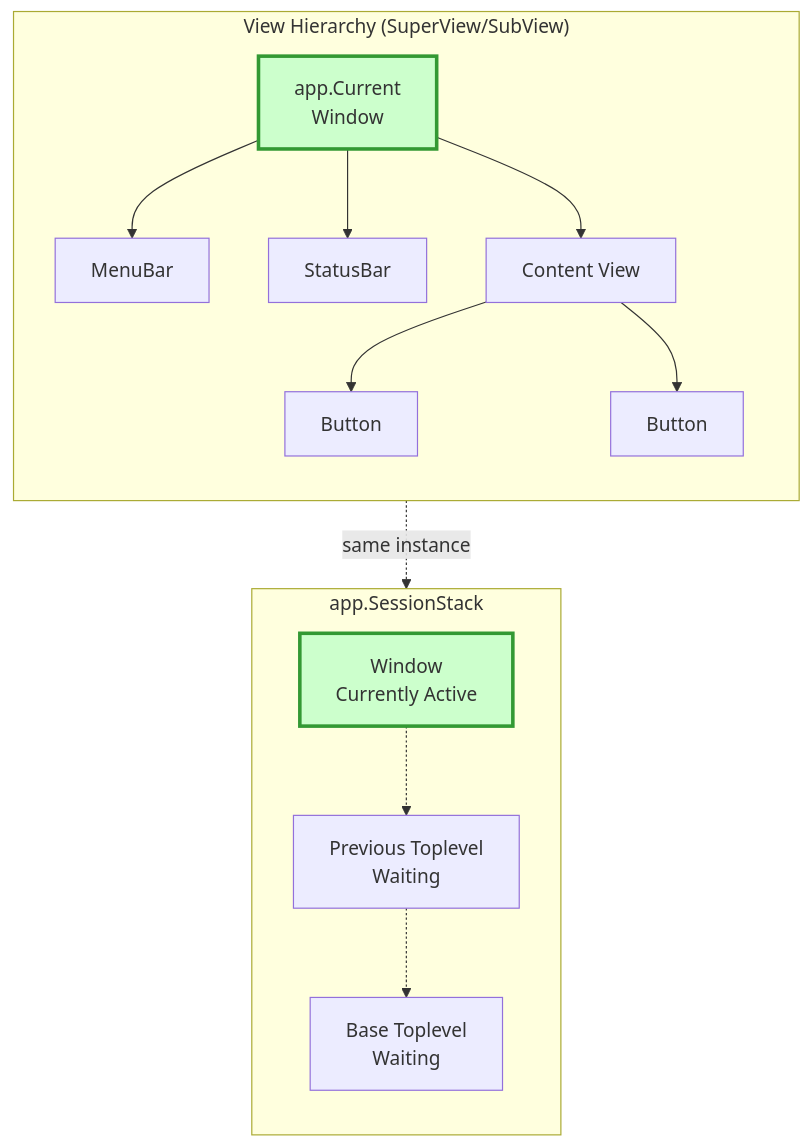
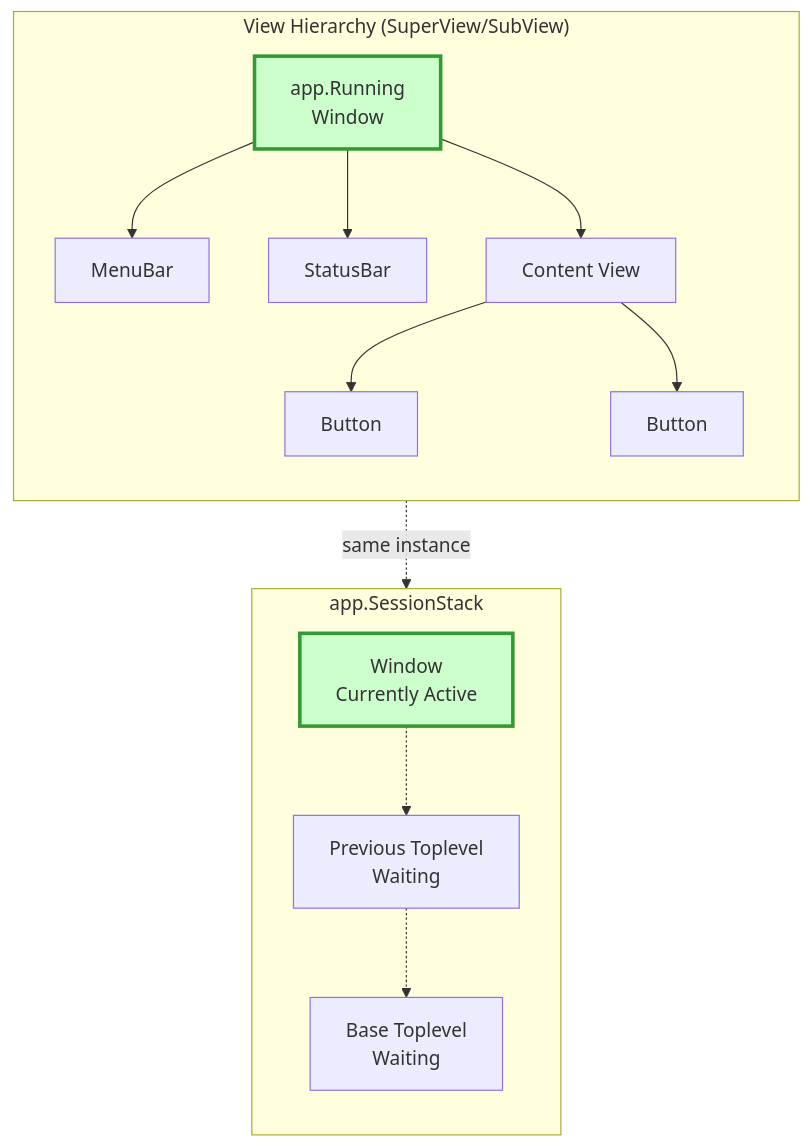
One commit to gui-cs/Terminal.Gui changed the first of 2 diagrams in docfx/docs/application.md. Above: the diagram before and after it, drawn with Mermaid. The commit also changed other lines of this file and 5 other files, not shown here.

````diff
--- a/docfx/docs/application.md
+++ b/docfx/docs/application.md
@@ -7,32 +7,32 @@
 ```mermaid
 graph TB
     subgraph ViewTree["View Hierarchy (SuperView/SubView)"]
         direction TB
-        Top[app.Current<br/>Window]
+        Top[app.Running<br/>Window]
         Menu[MenuBar]
         Status[StatusBar]
         Content[Content View]
         Button1[Button]
         Button2[Button]
         
         Top --> Menu
         Top --> Status
         Top --> Content
         Content --> Button1
         Content --> Button2
     end
     
     subgraph Stack["app.SessionStack"]
         direction TB
         S1[Window<br/>Currently Active]
         S2[Previous Toplevel<br/>Waiting]
         S3[Base Toplevel<br/>Waiting]
         
         S1 -.-> S2 -.-> S3
     end
     
     Top -.->|"same instance"| S1
     
     style Top fill:#ccffcc,stroke:#339933,stroke-width:3px
     style S1 fill:#ccffcc,stroke:#339933,stroke-width:3px
 ```
````
